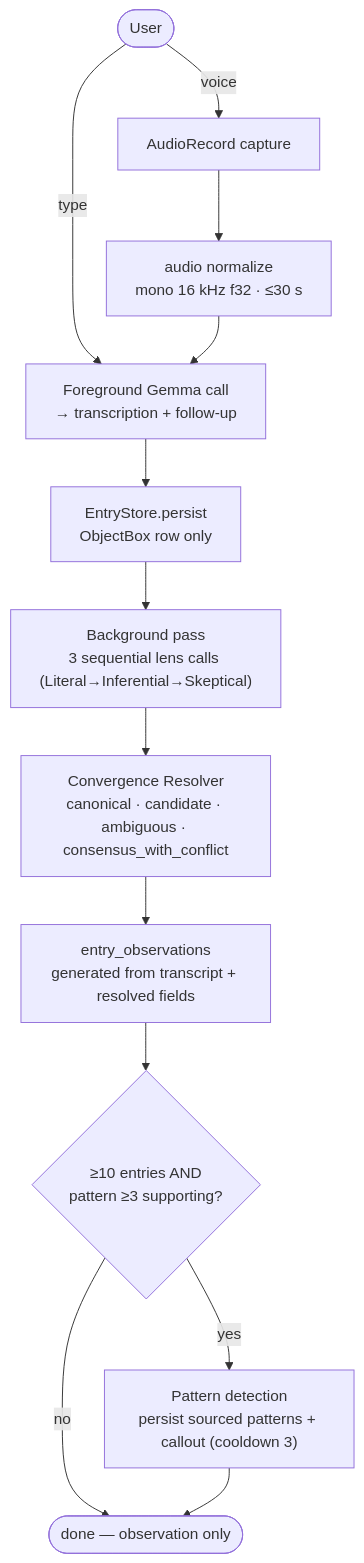
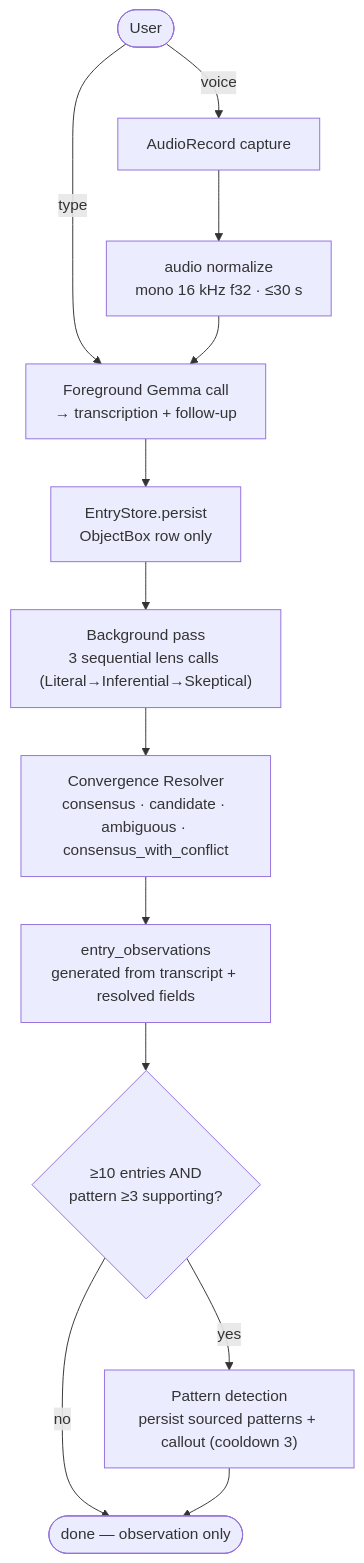
Before and after one commit to anchildress1/vestige: the fourth of 4 diagrams in docs/diagrams/architecture.md, drawn with Mermaid. The commit also changed 10 other files, not shown here.

````diff
--- a/docs/diagrams/architecture.md
+++ b/docs/diagrams/architecture.md
@@ -90,18 +90,18 @@
 ```mermaid
 flowchart TB
     accTitle: End-to-end capture and extraction dataflow
     accDescr: User records or types. Voice goes through AudioRecord then audio normalization to mono 16kHz float32 max 30s, then a foreground Gemma call returns transcription and one follow-up. EntryStore persists ObjectBox rows only. A background pass runs three sequential lens calls, the convergence resolver writes consensus, candidate, or ambiguous fields plus entry observations, then pattern detection runs when the threshold is met.
 
     U(["User"]) -- voice --> AR["AudioRecord capture"]
     U -- type --> FG
     AR --> NORM["audio normalize<br/>mono 16 kHz f32 · ≤30 s"]
     NORM --> FG["Foreground Gemma call<br/>→ transcription + follow-up"]
     FG --> ES["EntryStore.persist<br/>ObjectBox row only"]
     ES --> BG["Background pass<br/>3 sequential lens calls (Literal→Inferential→Skeptical)"]
-    BG --> CR["Convergence Resolver<br/>canonical · candidate · ambiguous · consensus_with_conflict"]
+    BG --> CR["Convergence Resolver<br/>consensus · candidate · ambiguous · consensus_with_conflict"]
     CR --> OBS["entry_observations<br/>generated from transcript + resolved fields"]
     OBS --> PD{"≥10 entries AND<br/>pattern ≥3 supporting?"}
     PD -- yes --> PAT["Pattern detection<br/>persist sourced patterns + callout (cooldown 3)"]
     PD -- no --> Done(["done — observation only"])
     PAT --> Done
 ```
````
